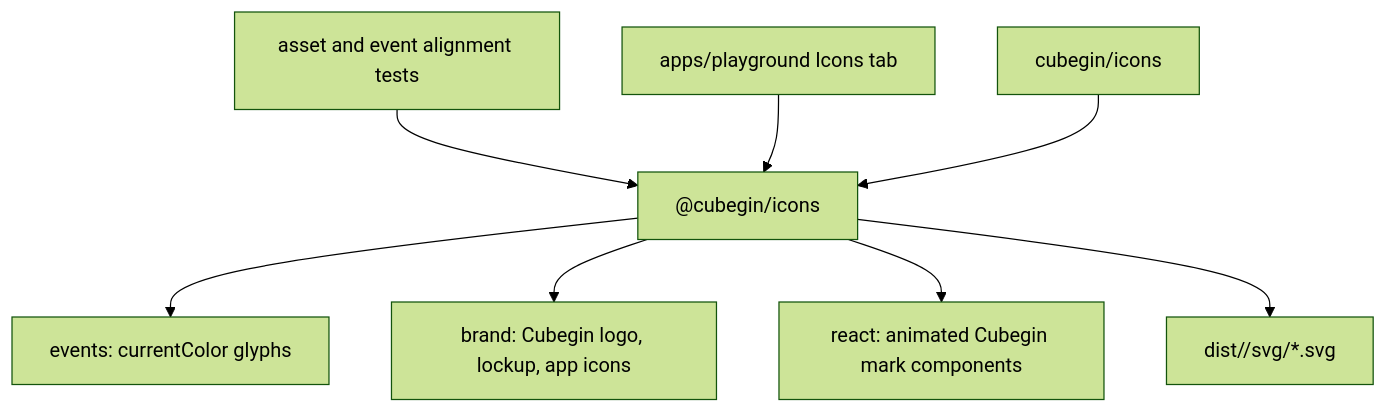
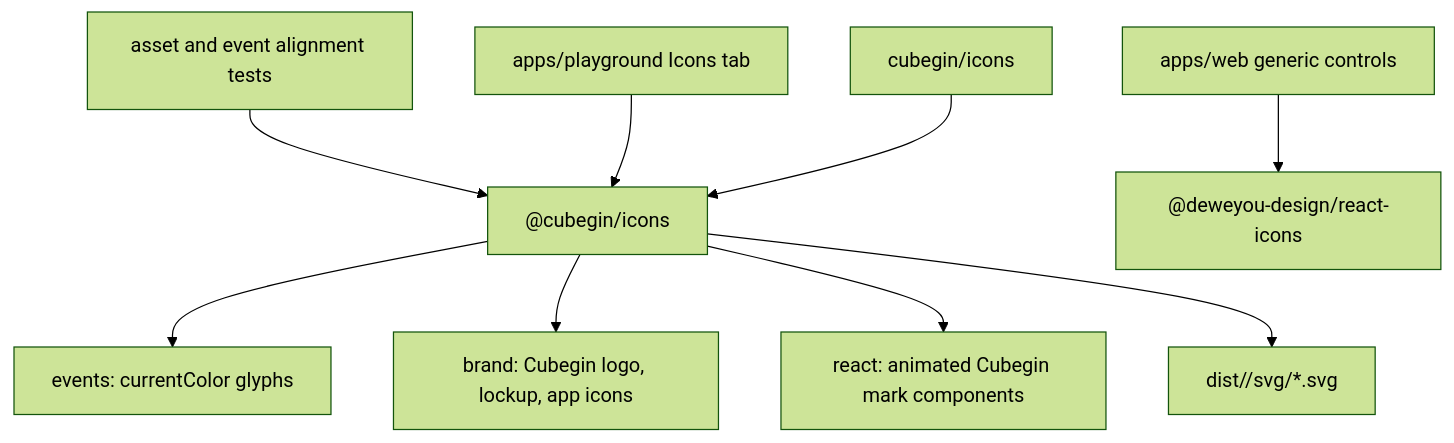
One commit to deweyou/cube-kit changed the diagram in docs/packages/icons/index.md. Above: the diagram before and after it, drawn with Mermaid (forest theme). The commit also changed other lines of this file and 15 other files, not shown here.

Commit message:
refactor(web): use Deweyou UI icons (#43)

````diff
--- a/docs/packages/icons/index.md
+++ b/docs/packages/icons/index.md
@@ -3,10 +3,11 @@
 ```mermaid
 flowchart TD
     Icons["@cubegin/icons"] --> Events["events: currentColor glyphs"]
     Icons --> Brand["brand: Cubegin logo, lockup, app icons"]
     Icons --> React["react: animated Cubegin mark components"]
     Icons --> StaticFiles["dist/<group>/svg/*.svg"]
+    WebUI["apps/web generic controls"] --> DeweyIcons["@deweyou-design/react-icons"]
     Tests["asset and event alignment tests"] --> Icons
     Playground["apps/playground Icons tab"] --> Icons
     Public["cubegin/icons"] --> Icons
 ```
````
